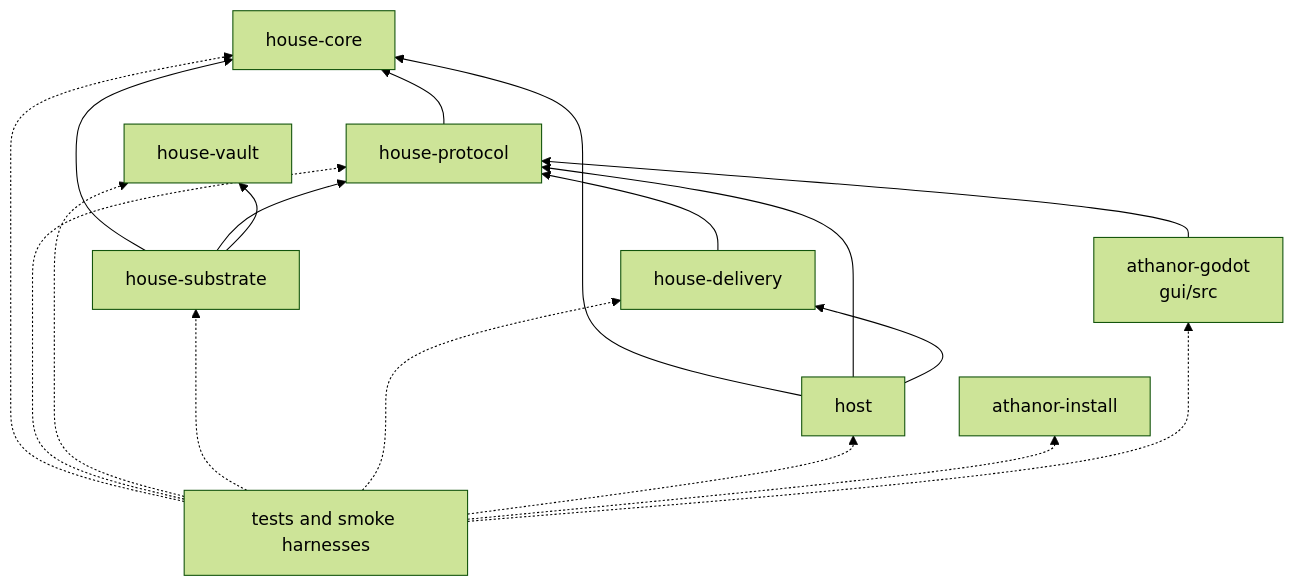
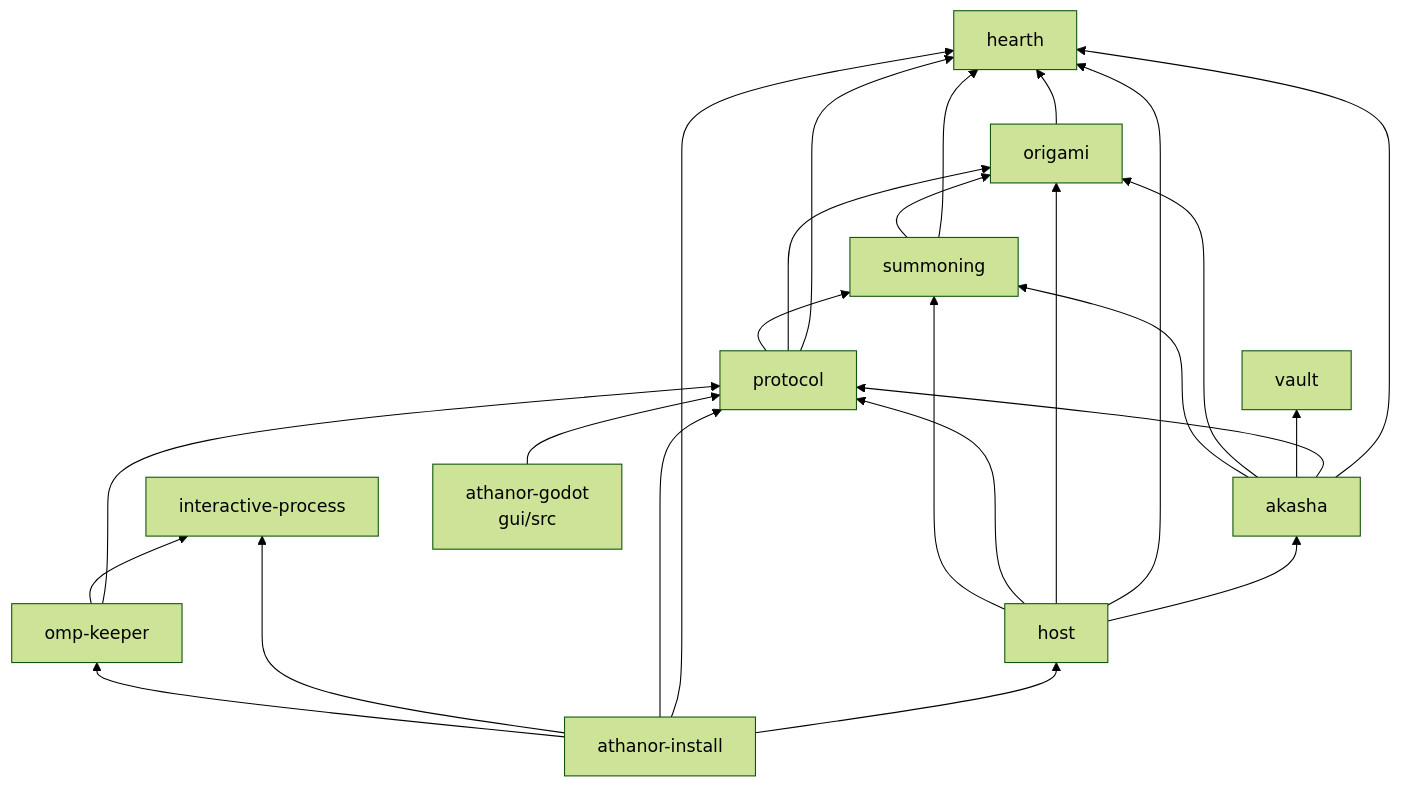
The second of 16 diagrams in docs/CODE_FLOW_MAP.md (solarisael/the-athanor), drawn with Mermaid (forest theme) before and after one commit. The commit also changed other lines of this file and 14 other files, not shown here.

````diff
--- a/docs/CODE_FLOW_MAP.md
+++ b/docs/CODE_FLOW_MAP.md
@@ -88,30 +88,39 @@
 ```mermaid
 flowchart BT
-    Core["house-core"]
-    Protocol["house-protocol"]
-    Vault["house-vault"]
-    Substrate["house-substrate"]
-    Delivery["house-delivery"]
+    Hearth["hearth"]
+    Origami["origami"]
+    Summoning["summoning"]
+    Protocol["protocol"]
+    Vault["vault"]
+    Akasha["akasha"]
     Host["host"]
+    Keeper["omp-keeper"]
+    Interactive["interactive-process"]
     Install["athanor-install"]
     Godot["athanor-godot<br/>gui/src"]
 
-    Protocol --> Core
-    Host --> Core
+    Origami --> Hearth
+    Summoning --> Hearth
+    Summoning --> Origami
+    Protocol --> Hearth
+    Protocol --> Origami
+    Protocol --> Summoning
+    Akasha --> Hearth
+    Akasha --> Protocol
+    Akasha --> Vault
+    Akasha --> Origami
+    Akasha --> Summoning
+    Host --> Akasha
+    Host --> Hearth
+    Host --> Origami
     Host --> Protocol
-    Host --> Delivery
-    Substrate --> Core
-    Substrate --> Protocol
-    Substrate --> Vault
-    Delivery --> Protocol
+    Host --> Summoning
+    Keeper --> Protocol
+    Keeper --> Interactive
+    Install --> Host
+    Install --> Hearth
+    Install --> Protocol
+    Install --> Interactive
+    Install --> Keeper
     Godot --> Protocol
-
-    Proof["tests and smoke harnesses"] -.-> Core
-    Proof -.-> Protocol
-    Proof -.-> Vault
-    Proof -.-> Substrate
-    Proof -.-> Delivery
-    Proof -.-> Host
-    Proof -.-> Install
-    Proof -.-> Godot
 ```
````
